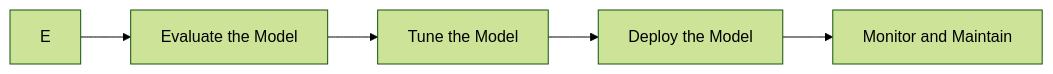
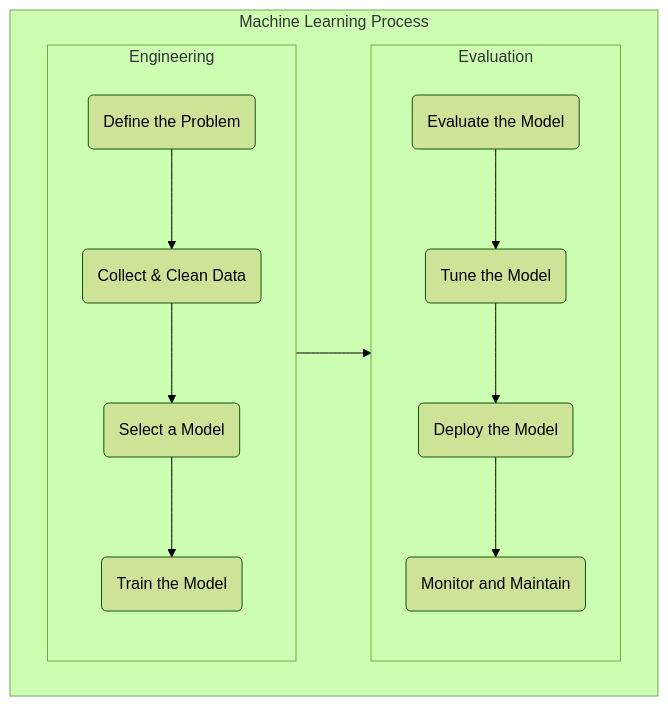
One commit to Reefwing-Software/Embedded-AI changed the diagram in images/ML_process.md. Above: the diagram before and after it, drawn with Mermaid (forest theme). The commit also changed other lines of this file, not shown here.

````diff
--- a/images/ML_process.md
+++ b/images/ML_process.md
@@ -17,7 +8,21 @@
-```mermaid
-graph LR
-    E --> F[Evaluate the Model]
-    F --> G[Tune the Model]
-    G --> H[Deploy the Model]
-    H --> I[Monitor and Maintain]
-```
+:::mermaid
+flowchart LR
+    subgraph Machine Learning Process
+        direction LR
+        subgraph Engineering
+            direction TB
+            A(Define the Problem) --> B(Collect & Clean Data)
+            B --> C(Select a Model)
+            C --> D(Train the Model)
+        end
+
+        subgraph Evaluation
+            direction TB
+            F(Evaluate the Model)
+            F --> G(Tune the Model)
+            G --> H(Deploy the Model)
+            H --> I(Monitor and Maintain) 
+        end
+    end
+    Engineering --> Evaluation
+:::
````
